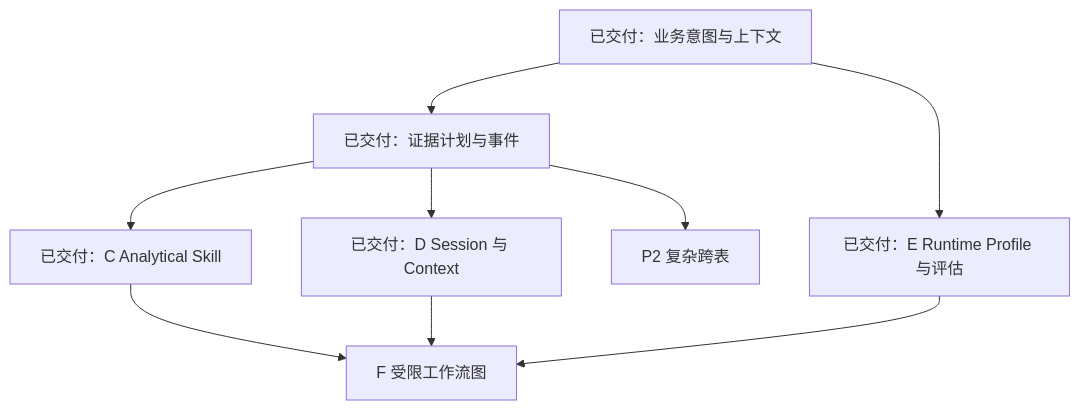
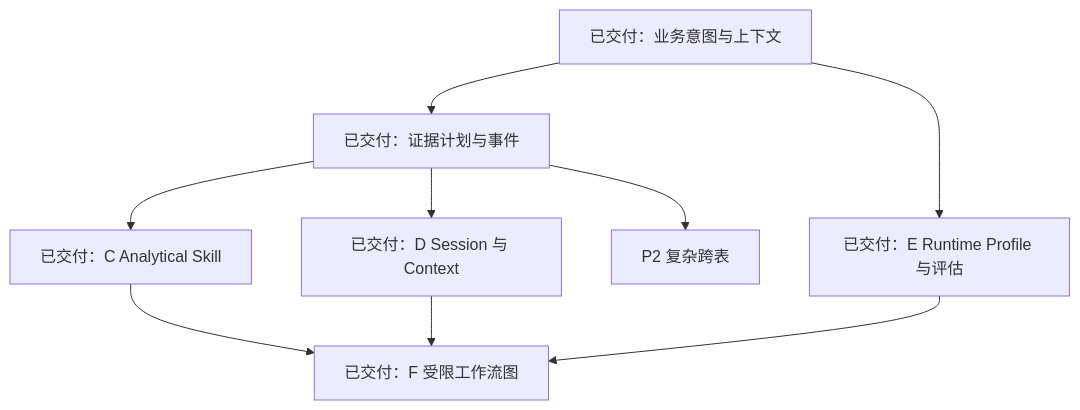
The second of 2 diagrams in docs/development-roadmap.md (LeoSasion/ontology-frontend-framework-type-c), drawn with Mermaid before and after one commit. The commit also changed other lines of this file and 16 other files, not shown here.

Commit message:
Complete stage F restricted workflow graph

````diff
--- a/docs/development-roadmap.md
+++ b/docs/development-roadmap.md
@@ -162,11 +150,11 @@
 ```mermaid
 flowchart TD
   A["已交付：业务意图与上下文"] --> B["已交付：证据计划与事件"]
   B --> C["已交付：C Analytical Skill"]
   B --> D["已交付：D Session 与 Context"]
   A --> E["已交付：E Runtime Profile 与评估"]
-  C --> F["F 受限工作流图"]
+  C --> F["已交付：F 受限工作流图"]
   D --> F
   E --> F
   B --> X["P2 复杂跨表"]
 ```
````
